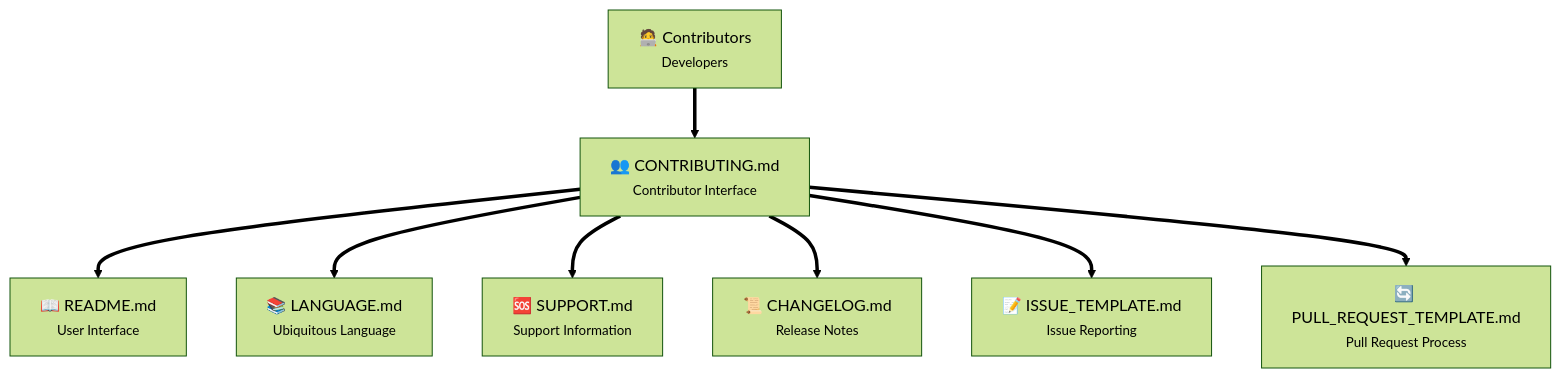
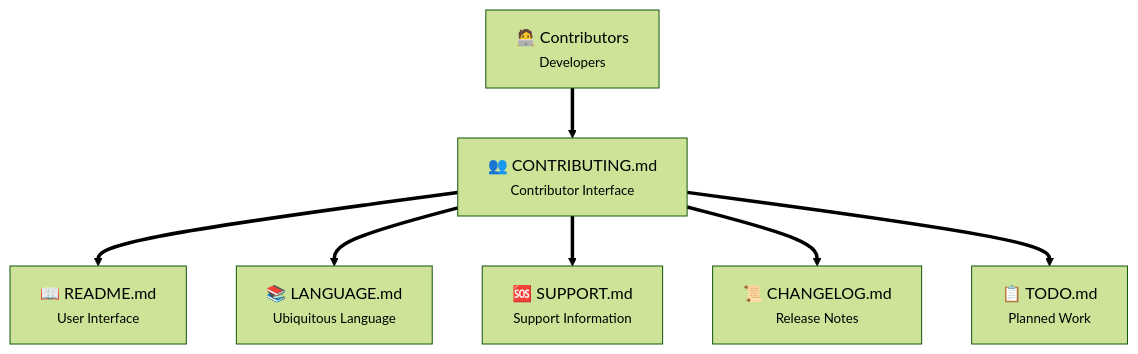
The third of 9 diagrams in introduction-to-codebase-interface/slides.md (codebase-interface/presentations), drawn with Mermaid (forest theme) before and after one commit. The commit also changed other lines of this file and 1 other file, not shown here.

Commit message:
feat: update slides and add README, CONTRIBUTING, RUNBOOK, AGENTS, and LANGUAGE sections

````diff
--- a/introduction-to-codebase-interface/slides.md
+++ b/introduction-to-codebase-interface/slides.md
@@ -90,19 +90,17 @@
 ```mermaid
 graph TD
     CONTRIBUTORS["🧑‍💻 Contributors<br/><small>Developers</small>"]
     CONTRIBUTING["👥 CONTRIBUTING.md<br/><small>Contributor Interface</small>"]
-    ISSUE_TEMPLATE["📝 ISSUE_TEMPLATE.md<br/><small>Issue Reporting</small>"]
-    PULL_REQUEST_TEMPLATE["🔄 PULL_REQUEST_TEMPLATE.md<br/><small>Pull Request Process</small>"]
     README["📖 README.md<br/><small>User Interface</small>"]
     LANGUAGE["📚 LANGUAGE.md<br/><small>Ubiquitous Language</small>"]
     CHANGELOG["📜 CHANGELOG.md<br/><small>Release Notes</small>"]
     SUPPORT["🆘 SUPPORT.md<br/><small>Support Information</small>"]
+    TODO["📋 TODO.md<br/><small>Planned Work</small>"]
 
     CONTRIBUTORS ==> CONTRIBUTING
     CONTRIBUTING ==> README
     CONTRIBUTING ==> LANGUAGE
     CONTRIBUTING ==> SUPPORT
     CONTRIBUTING ==> CHANGELOG
-    CONTRIBUTING ==> ISSUE_TEMPLATE
-    CONTRIBUTING ==> PULL_REQUEST_TEMPLATE
+    CONTRIBUTING ==> TODO
 ```
````
